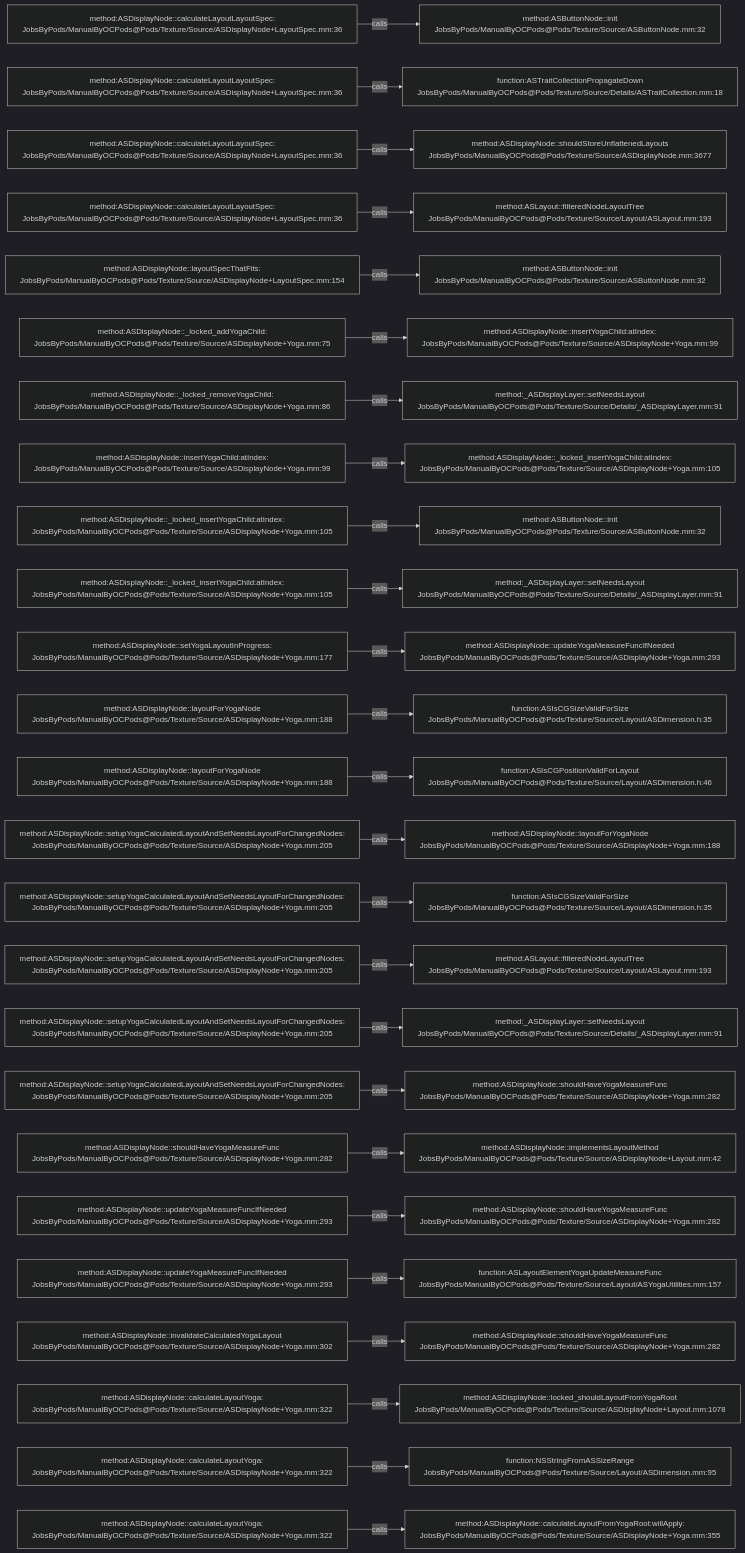
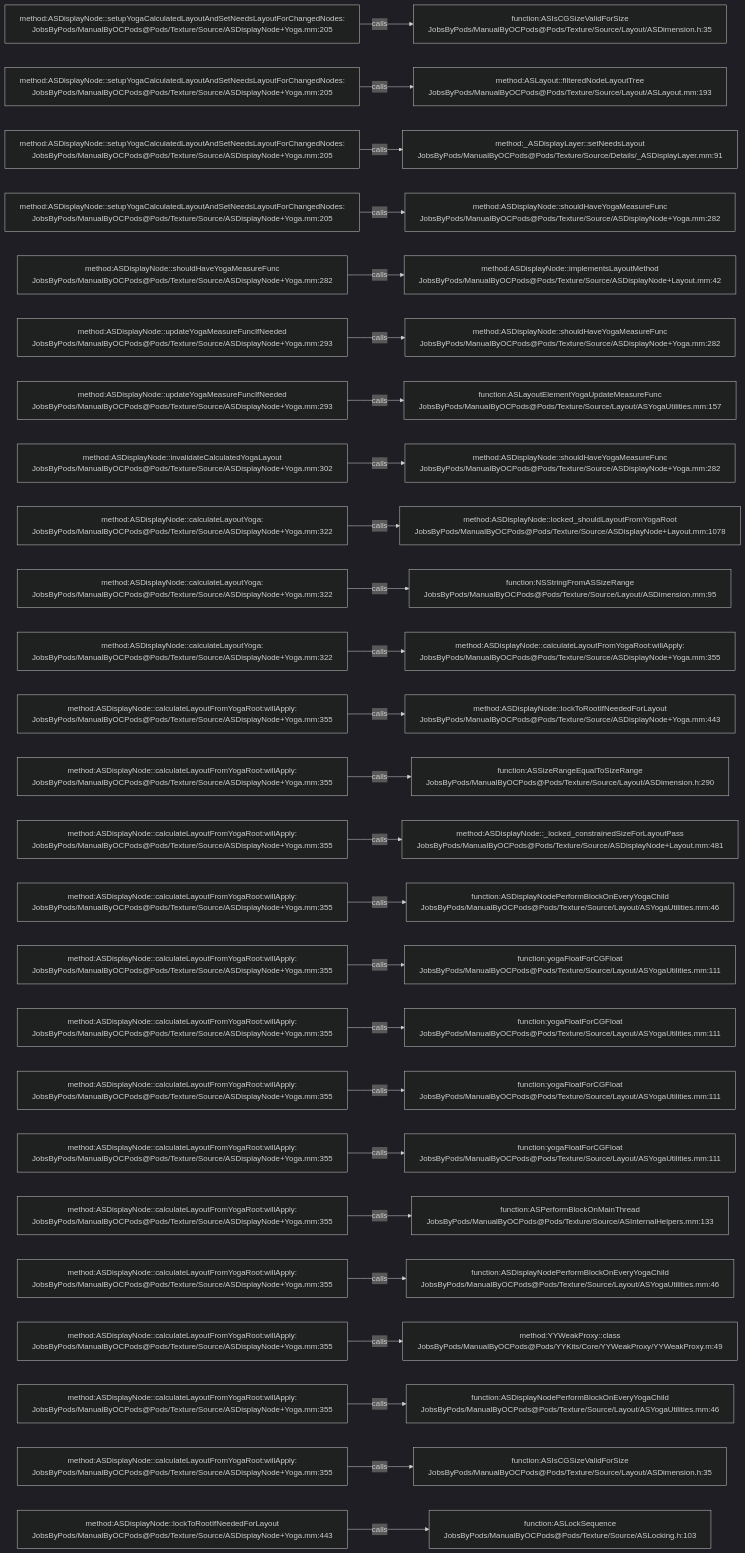
Before and after one commit to JobsKits/JobsOCBaseConfigDemo: the diagram in .codegraph/codegraph.md/graphs/calls-096.md, drawn with Mermaid (dark theme). The commit also changed 296 other files, not shown here.

````diff
--- a/.codegraph/codegraph.md/graphs/calls-096.md
+++ b/.codegraph/codegraph.md/graphs/calls-096.md
@@ -13,78 +13,78 @@
 ```mermaid
 flowchart LR
-  S1["method:ASDisplayNode::calculateLayoutLayoutSpec:<br/>JobsByPods/ManualByOCPods@Pods/Texture/Source/ASDisplayNode+LayoutSpec.mm:36"]
-  T1["method:ASButtonNode::init<br/>JobsByPods/ManualByOCPods@Pods/Texture/Source/ASButtonNode.mm:32"]
+  S1["method:ASDisplayNode::setupYogaCalculatedLayoutAndSetNeedsLayoutForChangedNodes:<br/>JobsByPods/ManualByOCPods@Pods/Texture/Source/ASDisplayNode+Yoga.mm:205"]
+  T1["function:ASIsCGSizeValidForSize<br/>JobsByPods/ManualByOCPods@Pods/Texture/Source/Layout/ASDimension.h:35"]
   S1 -->|calls| T1
-  S2["method:ASDisplayNode::calculateLayoutLayoutSpec:<br/>JobsByPods/ManualByOCPods@Pods/Texture/Source/ASDisplayNode+LayoutSpec.mm:36"]
-  T2["function:ASTraitCollectionPropagateDown<br/>JobsByPods/ManualByOCPods@Pods/Texture/Source/Details/ASTraitCollection.mm:18"]
+  S2["method:ASDisplayNode::setupYogaCalculatedLayoutAndSetNeedsLayoutForChangedNodes:<br/>JobsByPods/ManualByOCPods@Pods/Texture/Source/ASDisplayNode+Yoga.mm:205"]
+  T2["method:ASLayout::filteredNodeLayoutTree<br/>JobsByPods/ManualByOCPods@Pods/Texture/Source/Layout/ASLayout.mm:193"]
   S2 -->|calls| T2
-  S3["method:ASDisplayNode::calculateLayoutLayoutSpec:<br/>JobsByPods/ManualByOCPods@Pods/Texture/Source/ASDisplayNode+LayoutSpec.mm:36"]
-  T3["method:ASDisplayNode::shouldStoreUnflattenedLayouts<br/>JobsByPods/ManualByOCPods@Pods/Texture/Source/ASDisplayNode.mm:3677"]
+  S3["method:ASDisplayNode::setupYogaCalculatedLayoutAndSetNeedsLayoutForChangedNodes:<br/>JobsByPods/ManualByOCPods@Pods/Texture/Source/ASDisplayNode+Yoga.mm:205"]
+  T3["method:_ASDisplayLayer::setNeedsLayout<br/>JobsByPods/ManualByOCPods@Pods/Texture/Source/Details/_ASDisplayLayer.mm:91"]
   S3 -->|calls| T3
-  S4["method:ASDisplayNode::calculateLayoutLayoutSpec:<br/>JobsByPods/ManualByOCPods@Pods/Texture/Source/ASDisplayNode+LayoutSpec.mm:36"]
-  T4["method:ASLayout::filteredNodeLayoutTree<br/>JobsByPods/ManualByOCPods@Pods/Texture/Source/Layout/ASLayout.mm:193"]
+  S4["method:ASDisplayNode::setupYogaCalculatedLayoutAndSetNeedsLayoutForChangedNodes:<br/>JobsByPods/ManualByOCPods@Pods/Texture/Source/ASDisplayNode+Yoga.mm:205"]
+  T4["method:ASDisplayNode::shouldHaveYogaMeasureFunc<br/>JobsByPods/ManualByOCPods@Pods/Texture/Source/ASDisplayNode+Yoga.mm:282"]
   S4 -->|calls| T4
-  S5["method:ASDisplayNode::layoutSpecThatFits:<br/>JobsByPods/ManualByOCPods@Pods/Texture/Source/ASDisplayNode+LayoutSpec.mm:154"]
-  T5["method:ASButtonNode::init<br/>JobsByPods/ManualByOCPods@Pods/Texture/Source/ASButtonNode.mm:32"]
+  S5["method:ASDisplayNode::shouldHaveYogaMeasureFunc<br/>JobsByPods/ManualByOCPods@Pods/Texture/Source/ASDisplayNode+Yoga.mm:282"]
+  T5["method:ASDisplayNode::implementsLayoutMethod<br/>JobsByPods/ManualByOCPods@Pods/Texture/Source/ASDisplayNode+Layout.mm:42"]
   S5 -->|calls| T5
-  S6["method:ASDisplayNode::_locked_addYogaChild:<br/>JobsByPods/ManualByOCPods@Pods/Texture/Source/ASDisplayNode+Yoga.mm:75"]
-  T6["method:ASDisplayNode::insertYogaChild:atIndex:<br/>JobsByPods/ManualByOCPods@Pods/Texture/Source/ASDisplayNode+Yoga.mm:99"]
+  S6["method:ASDisplayNode::updateYogaMeasureFuncIfNeeded<br/>JobsByPods/ManualByOCPods@Pods/Texture/Source/ASDisplayNode+Yoga.mm:293"]
+  T6["method:ASDisplayNode::shouldHaveYogaMeasureFunc<br/>JobsByPods/ManualByOCPods@Pods/Texture/Source/ASDisplayNode+Yoga.mm:282"]
   S6 -->|calls| T6
-  S7["method:ASDisplayNode::_locked_removeYogaChild:<br/>JobsByPods/ManualByOCPods@Pods/Texture/Source/ASDisplayNode+Yoga.mm:86"]
-  T7["method:_ASDisplayLayer::setNeedsLayout<br/>JobsByPods/ManualByOCPods@Pods/Texture/Source/Details/_ASDisplayLayer.mm:91"]
+  S7["method:ASDisplayNode::updateYogaMeasureFuncIfNeeded<br/>JobsByPods/ManualByOCPods@Pods/Texture/Source/ASDisplayNode+Yoga.mm:293"]
+  T7["function:ASLayoutElementYogaUpdateMeasureFunc<br/>JobsByPods/ManualByOCPods@Pods/Texture/Source/Layout/ASYogaUtilities.mm:157"]
   S7 -->|calls| T7
-  S8["method:ASDisplayNode::insertYogaChild:atIndex:<br/>JobsByPods/ManualByOCPods@Pods/Texture/Source/ASDisplayNode+Yoga.mm:99"]
-  T8["method:ASDisplayNode::_locked_insertYogaChild:atIndex:<br/>JobsByPods/ManualByOCPods@Pods/Texture/Source/ASDisplayNode+Yoga.mm:105"]
+  S8["method:ASDisplayNode::invalidateCalculatedYogaLayout<br/>JobsByPods/ManualByOCPods@Pods/Texture/Source/ASDisplayNode+Yoga.mm:302"]
+  T8["method:ASDisplayNode::shouldHaveYogaMeasureFunc<br/>JobsByPods/ManualByOCPods@Pods/Texture/Source/ASDisplayNode+Yoga.mm:282"]
   S8 -->|calls| T8
-  S9["method:ASDisplayNode::_locked_insertYogaChild:atIndex:<br/>JobsByPods/ManualByOCPods@Pods/Texture/Source/ASDisplayNode+Yoga.mm:105"]
-  T9["method:ASButtonNode::init<br/>JobsByPods/ManualByOCPods@Pods/Texture/Source/ASButtonNode.mm:32"]
+  S9["method:ASDisplayNode::calculateLayoutYoga:<br/>JobsByPods/ManualByOCPods@Pods/Texture/Source/ASDisplayNode+Yoga.mm:322"]
+  T9["method:ASDisplayNode::locked_shouldLayoutFromYogaRoot<br/>JobsByPods/ManualByOCPods@Pods/Texture/Source/ASDisplayNode+Layout.mm:1078"]
   S9 -->|calls| T9
-  S10["method:ASDisplayNode::_locked_insertYogaChild:atIndex:<br/>JobsByPods/ManualByOCPods@Pods/Texture/Source/ASDisplayNode+Yoga.mm:105"]
-  T10["method:_ASDisplayLayer::setNeedsLayout<br/>JobsByPods/ManualByOCPods@Pods/Texture/Source/Details/_ASDisplayLayer.mm:91"]
+  S10["method:ASDisplayNode::calculateLayoutYoga:<br/>JobsByPods/ManualByOCPods@Pods/Texture/Source/ASDisplayNode+Yoga.mm:322"]
+  T10["function:NSStringFromASSizeRange<br/>JobsByPods/ManualByOCPods@Pods/Texture/Source/Layout/ASDimension.mm:95"]
   S10 -->|calls| T10
-  S11["method:ASDisplayNode::setYogaLayoutInProgress:<br/>JobsByPods/ManualByOCPods@Pods/Texture/Source/ASDisplayNode+Yoga.mm:177"]
-  T11["method:ASDisplayNode::updateYogaMeasureFuncIfNeeded<br/>JobsByPods/ManualByOCPods@Pods/Texture/Source/ASDisplayNode+Yoga.mm:293"]
+  S11["method:ASDisplayNode::calculateLayoutYoga:<br/>JobsByPods/ManualByOCPods@Pods/Texture/Source/ASDisplayNode+Yoga.mm:322"]
+  T11["method:ASDisplayNode::calculateLayoutFromYogaRoot:willApply:<br/>JobsByPods/ManualByOCPods@Pods/Texture/Source/ASDisplayNode+Yoga.mm:355"]
   S11 -->|calls| T11
-  S12["method:ASDisplayNode::layoutForYogaNode<br/>JobsByPods/ManualByOCPods@Pods/Texture/Source/ASDisplayNode+Yoga.mm:188"]
-  T12["function:ASIsCGSizeValidForSize<br/>JobsByPods/ManualByOCPods@Pods/Texture/Source/Layout/ASDimension.h:35"]
+  S12["method:ASDisplayNode::calculateLayoutFromYogaRoot:willApply:<br/>JobsByPods/ManualByOCPods@Pods/Texture/Source/ASDisplayNode+Yoga.mm:355"]
+  T12["method:ASDisplayNode::lockToRootIfNeededForLayout<br/>JobsByPods/ManualByOCPods@Pods/Texture/Source/ASDisplayNode+Yoga.mm:443"]
   S12 -->|calls| T12
-  S13["method:ASDisplayNode::layoutForYogaNode<br/>JobsByPods/ManualByOCPods@Pods/Texture/Source/ASDisplayNode+Yoga.mm:188"]
-  T13["function:ASIsCGPositionValidForLayout<br/>JobsByPods/ManualByOCPods@Pods/Texture/Source/Layout/ASDimension.h:46"]
+  S13["method:ASDisplayNode::calculateLayoutFromYogaRoot:willApply:<br/>JobsByPods/ManualByOCPods@Pods/Texture/Source/ASDisplayNode+Yoga.mm:355"]
+  T13["function:ASSizeRangeEqualToSizeRange<br/>JobsByPods/ManualByOCPods@Pods/Texture/Source/Layout/ASDimension.h:290"]
   S13 -->|calls| T13
-  S14["method:ASDisplayNode::setupYogaCalculatedLayoutAndSetNeedsLayoutForChangedNodes:<br/>JobsByPods/ManualByOCPods@Pods/Texture/Source/ASDisplayNode+Yoga.mm:205"]
-  T14["method:ASDisplayNode::layoutForYogaNode<br/>JobsByPods/ManualByOCPods@Pods/Texture/Source/ASDisplayNode+Yoga.mm:188"]
+  S14["method:ASDisplayNode::calculateLayoutFromYogaRoot:willApply:<br/>JobsByPods/ManualByOCPods@Pods/Texture/Source/ASDisplayNode+Yoga.mm:355"]
+  T14["method:ASDisplayNode::_locked_constrainedSizeForLayoutPass<br/>JobsByPods/ManualByOCPods@Pods/Texture/Source/ASDisplayNode+Layout.mm:481"]
   S14 -->|calls| T14
-  S15["method:ASDisplayNode::setupYogaCalculatedLayoutAndSetNeedsLayoutForChangedNodes:<br/>JobsByPods/ManualByOCPods@Pods/Texture/Source/ASDisplayNode+Yoga.mm:205"]
-  T15["function:ASIsCGSizeValidForSize<br/>JobsByPods/ManualByOCPods@Pods/Texture/Source/Layout/ASDimension.h:35"]
+  S15["method:ASDisplayNode::calculateLayoutFromYogaRoot:willApply:<br/>JobsByPods/ManualByOCPods@Pods/Texture/Source/ASDisplayNode+Yoga.mm:355"]
+  T15["function:ASDisplayNodePerformBlockOnEveryYogaChild<br/>JobsByPods/ManualByOCPods@Pods/Texture/Source/Layout/ASYogaUtilities.mm:46"]
   S15 -->|calls| T15
-  S16["method:ASDisplayNode::setupYogaCalculatedLayoutAndSetNeedsLayoutForChangedNodes:<br/>JobsByPods/ManualByOCPods@Pods/Texture/Source/ASDisplayNode+Yoga.mm:205"]
-  T16["method:ASLayout::filteredNodeLayoutTree<br/>JobsByPods/ManualByOCPods@Pods/Texture/Source/Layout/ASLayout.mm:193"]
+  S16["method:ASDisplayNode::calculateLayoutFromYogaRoot:willApply:<br/>JobsByPods/ManualByOCPods@Pods/Texture/Source/ASDisplayNode+Yoga.mm:355"]
+  T16["function:yogaFloatForCGFloat<br/>JobsByPods/ManualByOCPods@Pods/Texture/Source/Layout/ASYogaUtilities.mm:111"]
   S16 -->|calls| T16
-  S17["method:ASDisplayNode::setupYogaCalculatedLayoutAndSetNeedsLayoutForChangedNodes:<br/>JobsByPods/ManualByOCPods@Pods/Texture/Source/ASDisplayNode+Yoga.mm:205"]
-  T17["method:_ASDisplayLayer::setNeedsLayout<br/>JobsByPods/ManualByOCPods@Pods/Texture/Source/Details/_ASDisplayLayer.mm:91"]
+  S17["method:ASDisplayNode::calculateLayoutFromYogaRoot:willApply:<br/>JobsByPods/ManualByOCPods@Pods/Texture/Source/ASDisplayNode+Yoga.mm:355"]
+  T17["function:yogaFloatForCGFloat<br/>JobsByPods/ManualByOCPods@Pods/Texture/Source/Layout/ASYogaUtilities.mm:111"]
   S17 -->|calls| T17
-  S18["method:ASDisplayNode::setupYogaCalculatedLayoutAndSetNeedsLayoutForChangedNodes:<br/>JobsByPods/ManualByOCPods@Pods/Texture/Source/ASDisplayNode+Yoga.mm:205"]
-  T18["method:ASDisplayNode::shouldHaveYogaMeasureFunc<br/>JobsByPods/ManualByOCPods@Pods/Texture/Source/ASDisplayNode+Yoga.mm:282"]
+  S18["method:ASDisplayNode::calculateLayoutFromYogaRoot:willApply:<br/>JobsByPods/ManualByOCPods@Pods/Texture/Source/ASDisplayNode+Yoga.mm:355"]
+  T18["function:yogaFloatForCGFloat<br/>JobsByPods/ManualByOCPods@Pods/Texture/Source/Layout/ASYogaUtilities.mm:111"]
   S18 -->|calls| T18
-  S19["method:ASDisplayNode::shouldHaveYogaMeasureFunc<br/>JobsByPods/ManualByOCPods@Pods/Texture/Source/ASDisplayNode+Yoga.mm:282"]
-  T19["method:ASDisplayNode::implementsLayoutMethod<br/>JobsByPods/ManualByOCPods@Pods/Texture/Source/ASDisplayNode+Layout.mm:42"]
+  S19["method:ASDisplayNode::calculateLayoutFromYogaRoot:willApply:<br/>JobsByPods/ManualByOCPods@Pods/Texture/Source/ASDisplayNode+Yoga.mm:355"]
+  T19["function:yogaFloatForCGFloat<br/>JobsByPods/ManualByOCPods@Pods/Texture/Source/Layout/ASYogaUtilities.mm:111"]
   S19 -->|calls| T19
-  S20["method:ASDisplayNode::updateYogaMeasureFuncIfNeeded<br/>JobsByPods/ManualByOCPods@Pods/Texture/Source/ASDisplayNode+Yoga.mm:293"]
-  T20["method:ASDisplayNode::shouldHaveYogaMeasureFunc<br/>JobsByPods/ManualByOCPods@Pods/Texture/Source/ASDisplayNode+Yoga.mm:282"]
+  S20["method:ASDisplayNode::calculateLayoutFromYogaRoot:willApply:<br/>JobsByPods/ManualByOCPods@Pods/Texture/Source/ASDisplayNode+Yoga.mm:355"]
+  T20["function:ASPerformBlockOnMainThread<br/>JobsByPods/ManualByOCPods@Pods/Texture/Source/ASInternalHelpers.mm:133"]
   S20 -->|calls| T20
-  S21["method:ASDisplayNode::updateYogaMeasureFuncIfNeeded<br/>JobsByPods/ManualByOCPods@Pods/Texture/Source/ASDisplayNode+Yoga.mm:293"]
-  T21["function:ASLayoutElementYogaUpdateMeasureFunc<br/>JobsByPods/ManualByOCPods@Pods/Texture/Source/Layout/ASYogaUtilities.mm:157"]
+  S21["method:ASDisplayNode::calculateLayoutFromYogaRoot:willApply:<br/>JobsByPods/ManualByOCPods@Pods/Texture/Source/ASDisplayNode+Yoga.mm:355"]
+  T21["function:ASDisplayNodePerformBlockOnEveryYogaChild<br/>JobsByPods/ManualByOCPods@Pods/Texture/Source/Layout/ASYogaUtilities.mm:46"]
   S21 -->|calls| T21
-  S22["method:ASDisplayNode::invalidateCalculatedYogaLayout<br/>JobsByPods/ManualByOCPods@Pods/Texture/Source/ASDisplayNode+Yoga.mm:302"]
-  T22["method:ASDisplayNode::shouldHaveYogaMeasureFunc<br/>JobsByPods/ManualByOCPods@Pods/Texture/Source/ASDisplayNode+Yoga.mm:282"]
+  S22["method:ASDisplayNode::calculateLayoutFromYogaRoot:willApply:<br/>JobsByPods/ManualByOCPods@Pods/Texture/Source/ASDisplayNode+Yoga.mm:355"]
+  T22["method:YYWeakProxy::class<br/>JobsByPods/ManualByOCPods@Pods/YYKits/Core/YYWeakProxy/YYWeakProxy.m:49"]
   S22 -->|calls| T22
-  S23["method:ASDisplayNode::calculateLayoutYoga:<br/>JobsByPods/ManualByOCPods@Pods/Texture/Source/ASDisplayNode+Yoga.mm:322"]
-  T23["method:ASDisplayNode::locked_shouldLayoutFromYogaRoot<br/>JobsByPods/ManualByOCPods@Pods/Texture/Source/ASDisplayNode+Layout.mm:1078"]
+  S23["method:ASDisplayNode::calculateLayoutFromYogaRoot:willApply:<br/>JobsByPods/ManualByOCPods@Pods/Texture/Source/ASDisplayNode+Yoga.mm:355"]
+  T23["function:ASDisplayNodePerformBlockOnEveryYogaChild<br/>JobsByPods/ManualByOCPods@Pods/Texture/Source/Layout/ASYogaUtilities.mm:46"]
   S23 -->|calls| T23
-  S24["method:ASDisplayNode::calculateLayoutYoga:<br/>JobsByPods/ManualByOCPods@Pods/Texture/Source/ASDisplayNode+Yoga.mm:322"]
-  T24["function:NSStringFromASSizeRange<br/>JobsByPods/ManualByOCPods@Pods/Texture/Source/Layout/ASDimension.mm:95"]
+  S24["method:ASDisplayNode::calculateLayoutFromYogaRoot:willApply:<br/>JobsByPods/ManualByOCPods@Pods/Texture/Source/ASDisplayNode+Yoga.mm:355"]
+  T24["function:ASIsCGSizeValidForSize<br/>JobsByPods/ManualByOCPods@Pods/Texture/Source/Layout/ASDimension.h:35"]
   S24 -->|calls| T24
-  S25["method:ASDisplayNode::calculateLayoutYoga:<br/>JobsByPods/ManualByOCPods@Pods/Texture/Source/ASDisplayNode+Yoga.mm:322"]
-  T25["method:ASDisplayNode::calculateLayoutFromYogaRoot:willApply:<br/>JobsByPods/ManualByOCPods@Pods/Texture/Source/ASDisplayNode+Yoga.mm:355"]
+  S25["method:ASDisplayNode::lockToRootIfNeededForLayout<br/>JobsByPods/ManualByOCPods@Pods/Texture/Source/ASDisplayNode+Yoga.mm:443"]
+  T25["function:ASLockSequence<br/>JobsByPods/ManualByOCPods@Pods/Texture/Source/ASLocking.h:103"]
   S25 -->|calls| T25
 ```
````
